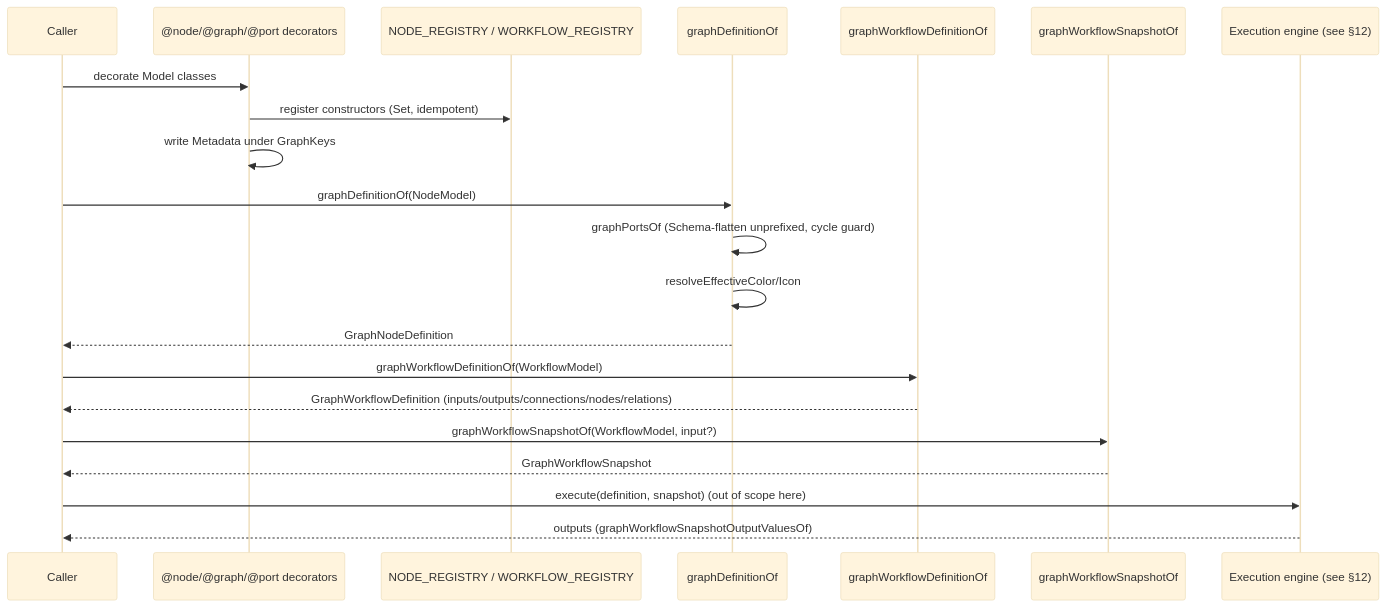
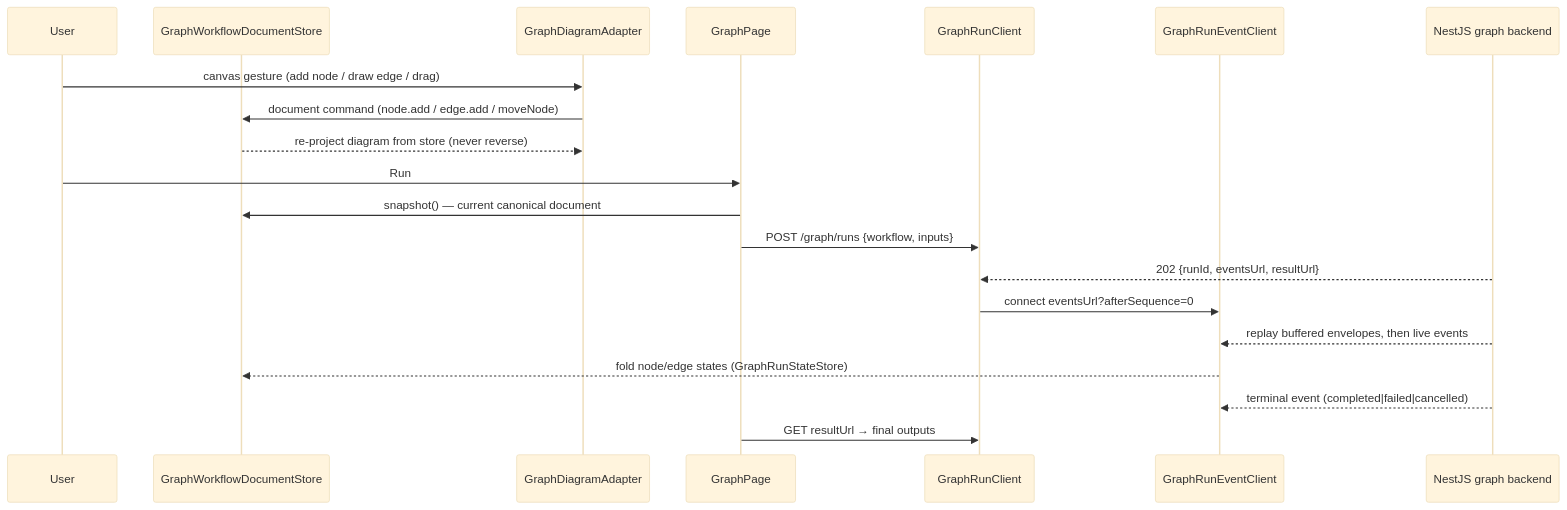
Before and after one commit to decaf-ts/decaf-ts: the diagram in workdocs/ai/project/technical-docs/design-specification/08-graph-design.md, drawn with Mermaid (base theme). The commit also changed other lines of this file and 7 other files, not shown here.

Commit message:
DECAF-50: implement canonical workflow documents, backend node catalogue and remote graph execution

````diff
--- a/workdocs/ai/project/technical-docs/design-specification/08-graph-design.md
+++ b/workdocs/ai/project/technical-docs/design-specification/08-graph-design.md
@@ -98,23 +725,22 @@
 ```mermaid
 sequenceDiagram
-    participant Caller
-    participant Dec as @node/@graph/@port decorators
-    participant Reg as NODE_REGISTRY / WORKFLOW_REGISTRY
-    participant GD as graphDefinitionOf
-    participant WF as graphWorkflowDefinitionOf
-    participant Snap as graphWorkflowSnapshotOf
-    participant Exec as Execution engine (see §12)
-    Caller->>Dec: decorate Model classes
-    Dec->>Reg: register constructors (Set, idempotent)
-    Dec->>Dec: write Metadata under GraphKeys
-    Caller->>GD: graphDefinitionOf(NodeModel)
-    GD->>GD: graphPortsOf (Schema-flatten unprefixed, cycle guard)
-    GD->>GD: resolveEffectiveColor/Icon
-    GD-->>Caller: GraphNodeDefinition
-    Caller->>WF: graphWorkflowDefinitionOf(WorkflowModel)
-    WF-->>Caller: GraphWorkflowDefinition (inputs/outputs/connections/nodes/relations)
-    Caller->>Snap: graphWorkflowSnapshotOf(WorkflowModel, input?)
-    Snap-->>Caller: GraphWorkflowSnapshot
-    Caller->>Exec: execute(definition, snapshot) (out of scope here)
-    Exec-->>Caller: outputs (graphWorkflowSnapshotOutputValuesOf)
+    participant User
+    participant Store as GraphWorkflowDocumentStore
+    participant Adapter as GraphDiagramAdapter
+    participant Page as GraphPage
+    participant RC as GraphRunClient
+    participant EC as GraphRunEventClient
+    participant BE as NestJS graph backend
+    User->>Adapter: canvas gesture (add node / draw edge / drag)
+    Adapter->>Store: document command (node.add / edge.add / moveNode)
+    Store-->>Adapter: re-project diagram from store (never reverse)
+    User->>Page: Run
+    Page->>Store: snapshot() — current canonical document
+    Page->>RC: POST /graph/runs {workflow, inputs}
+    BE-->>RC: 202 {runId, eventsUrl, resultUrl}
+    RC->>EC: connect eventsUrl?afterSequence=0
+    BE-->>EC: replay buffered envelopes, then live events
+    EC-->>Store: fold node/edge states (GraphRunStateStore)
+    BE-->>EC: terminal event (completed|failed|cancelled)
+    Page->>RC: GET resultUrl → final outputs
 ```
````
